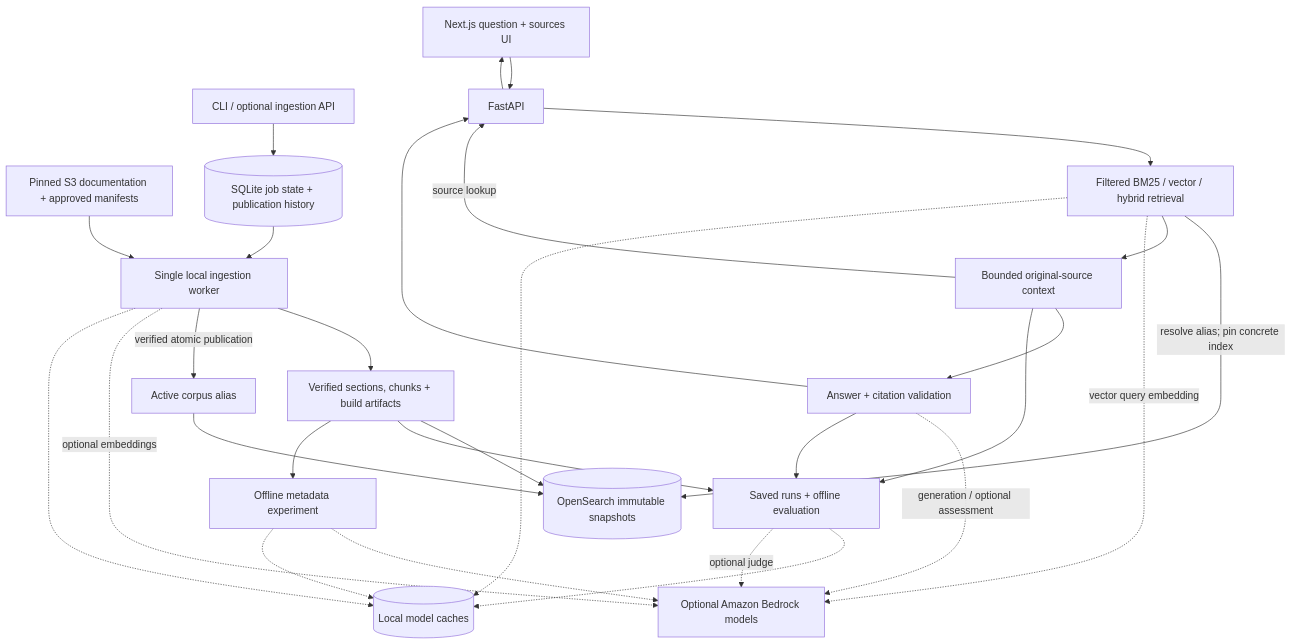
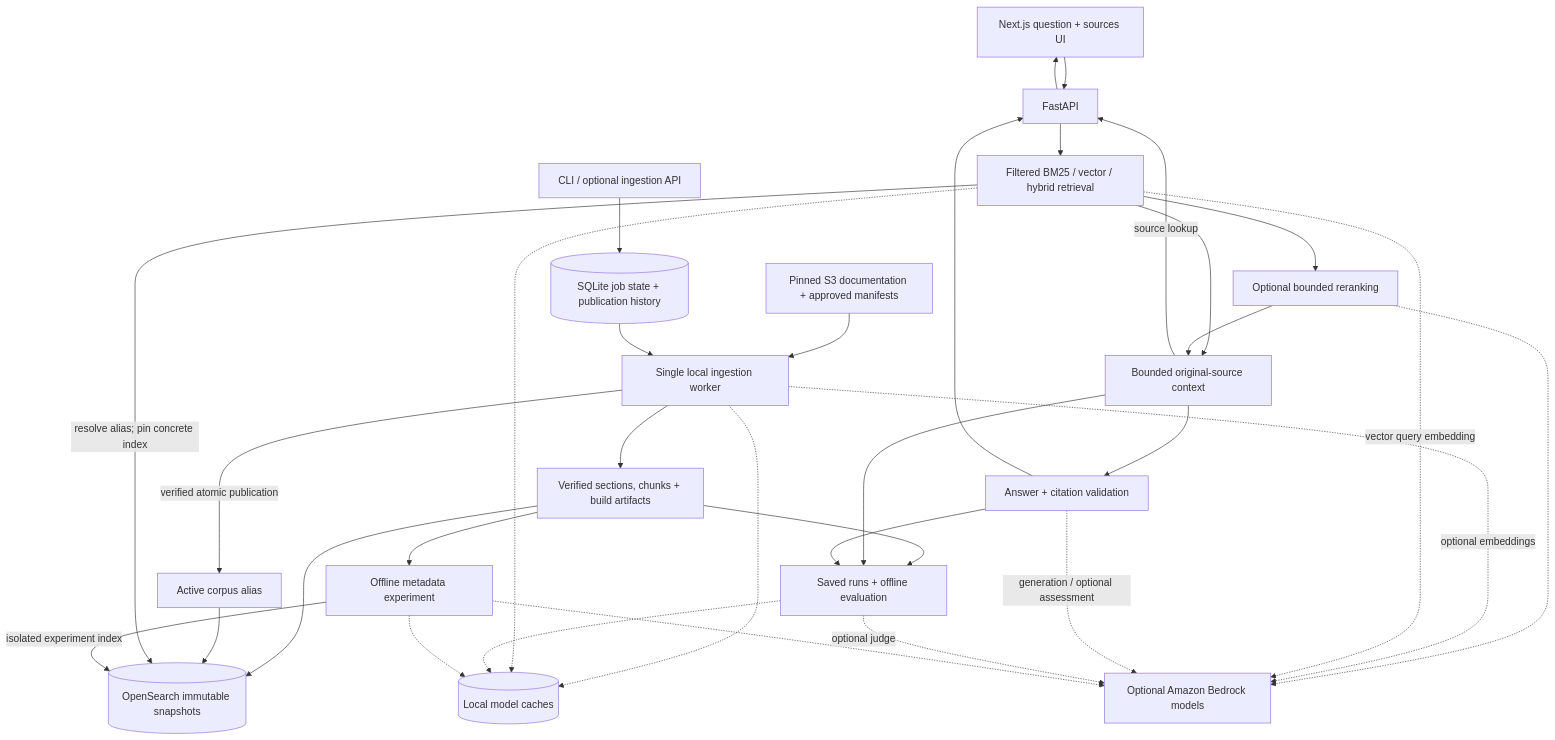
Before and after one commit to anushacodes/Aether: the diagram in README.md, drawn with Mermaid. The commit also changed other lines of this file, not shown here.

````diff
--- a/README.md
+++ b/README.md
@@ -21,44 +24,48 @@
 ```mermaid
 flowchart TD
     Sources["Pinned S3 documentation + approved manifests"]
     CLI["CLI / optional ingestion API"]
     Jobs[("SQLite job state + publication history")]
     Worker["Single local ingestion worker"]
     Artifacts["Verified sections, chunks + build artifacts"]
     Snapshots[("OpenSearch immutable snapshots")]
     Alias["Active corpus alias"]
     UI["Next.js question + sources UI"]
     API["FastAPI"]
     Retrieve["Filtered BM25 / vector / hybrid retrieval"]
+    Rerank["Optional bounded reranking"]
     Context["Bounded original-source context"]
     Answer["Answer + citation validation"]
     Bedrock["Optional Amazon Bedrock models"]
     Cache[("Local model caches")]
     Eval["Saved runs + offline evaluation"]
     Metadata["Offline metadata experiment"]
 
     Sources --> Worker
     CLI --> Jobs --> Worker
     Worker --> Artifacts --> Snapshots
     Worker -->|"verified atomic publication"| Alias
     Alias --> Snapshots
     UI --> API --> Retrieve
     Retrieve -->|"resolve alias; pin concrete index"| Snapshots
     Retrieve --> Context
+    Retrieve --> Rerank --> Context
+    Rerank -.-> Bedrock
     Context -->|"source lookup"| API
     Context --> Answer --> API
     API --> UI
     Worker -.->|"optional embeddings"| Bedrock
     Retrieve -.->|"vector query embedding"| Bedrock
     Answer -.->|"generation / optional assessment"| Bedrock
     Worker -.-> Cache
     Retrieve -.-> Cache
     Artifacts --> Eval
     Context --> Eval
     Answer --> Eval
     Eval -.-> Cache
     Eval -.->|"optional judge"| Bedrock
     Artifacts --> Metadata
     Metadata -.-> Bedrock
     Metadata -.-> Cache
+    Metadata -->|"isolated experiment index"| Snapshots
 ```
````
